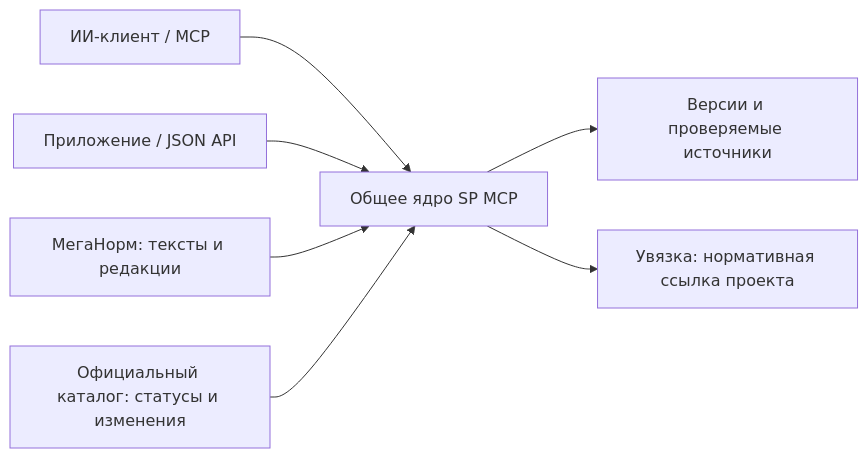
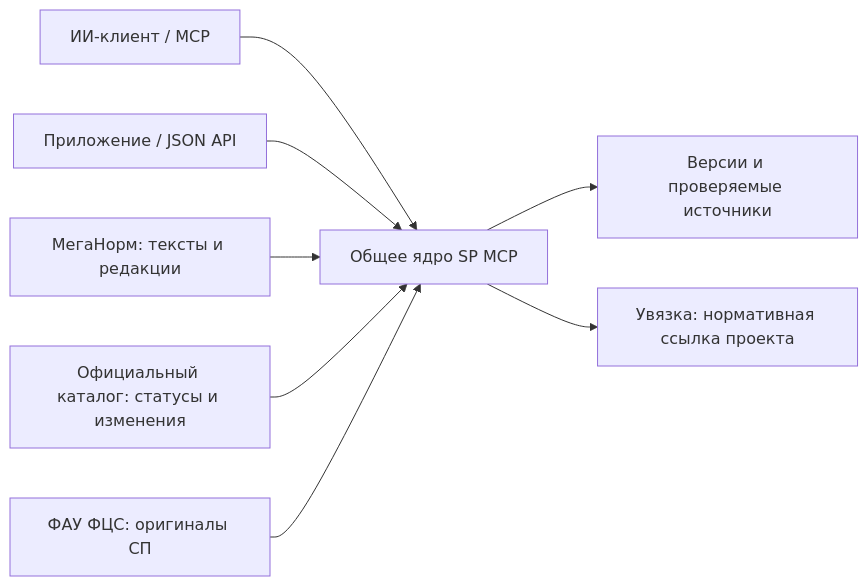
The diagram in README.md (proovcme/sp-mcp), drawn with Mermaid before and after one commit. The commit also changed other lines of this file and 16 other files, not shown here.

````diff
--- a/README.md
+++ b/README.md
@@ -26,9 +26,10 @@
 ```mermaid
 flowchart LR
     A[ИИ-клиент / MCP] --> C[Общее ядро SP MCP]
     B[Приложение / JSON API] --> C
     D[МегаНорм: тексты и редакции] --> C
     E[Официальный каталог: статусы и изменения] --> C
+    H[ФАУ ФЦС: оригиналы СП] --> C
     C --> F[Версии и проверяемые источники]
     C --> G[Увязка: нормативная ссылка проекта]
 ```
````
